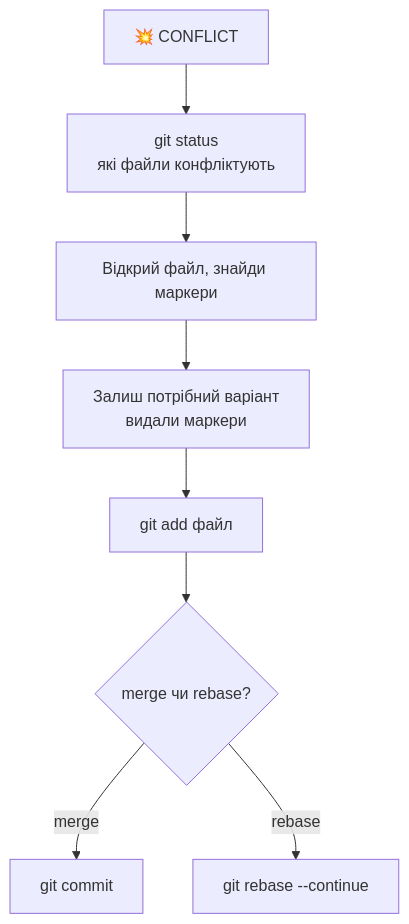
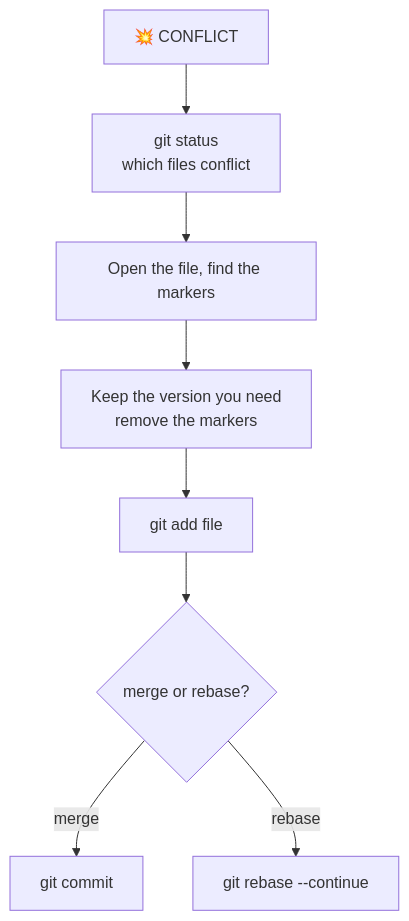
The sixth of 14 diagrams in git_commands.md (andriyevski/python-learning-portfolio), drawn with Mermaid before and after one commit. The commit also changed other lines of this file and 3 other files, not shown here.

````diff
--- a/git_commands.md
+++ b/git_commands.md
@@ -305,10 +305,10 @@
 ```mermaid
 graph TD
-    A["💥 CONFLICT"] --> B["git status<br/>які файли конфліктують"]
-    B --> C["Відкрий файл, знайди маркери"]
-    C --> D["Залиш потрібний варіант<br/>видали маркери"]
-    D --> E["git add файл"]
-    E --> F{"merge чи rebase?"}
+    A["💥 CONFLICT"] --> B["git status<br/>which files conflict"]
+    B --> C["Open the file, find the markers"]
+    C --> D["Keep the version you need<br/>remove the markers"]
+    D --> E["git add file"]
+    E --> F{"merge or rebase?"}
     F -->|"merge"| G["git commit"]
     F -->|"rebase"| H["git rebase --continue"]
 ```
````
